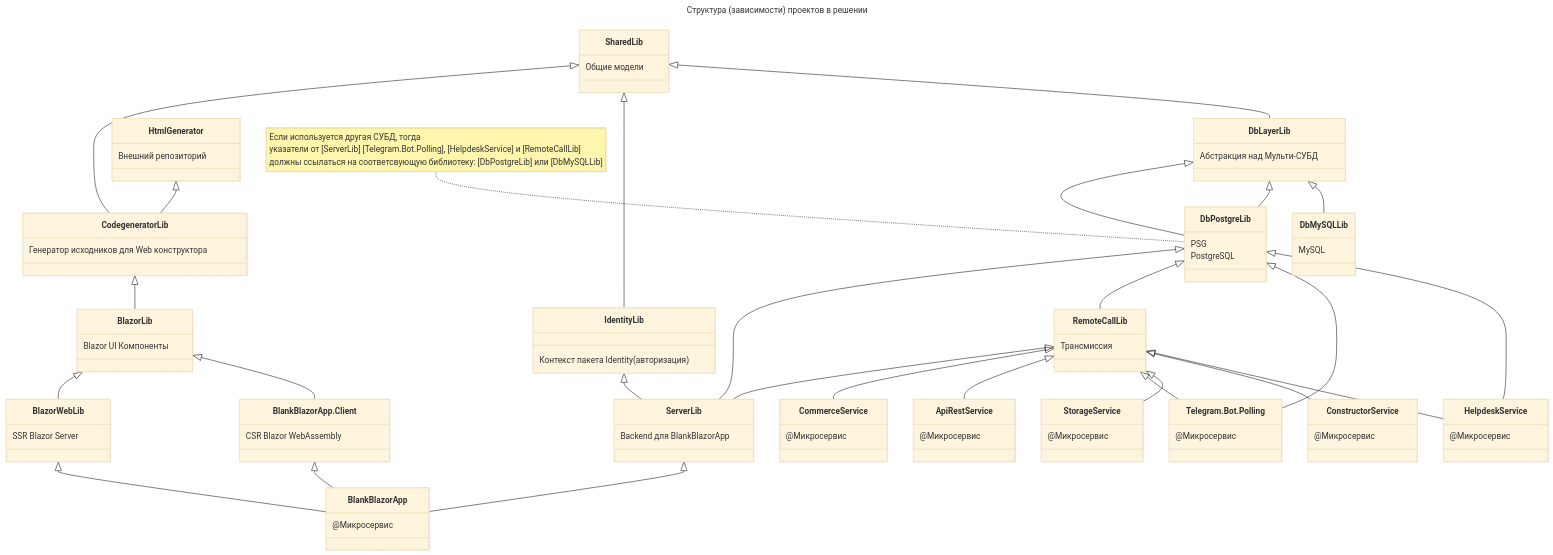
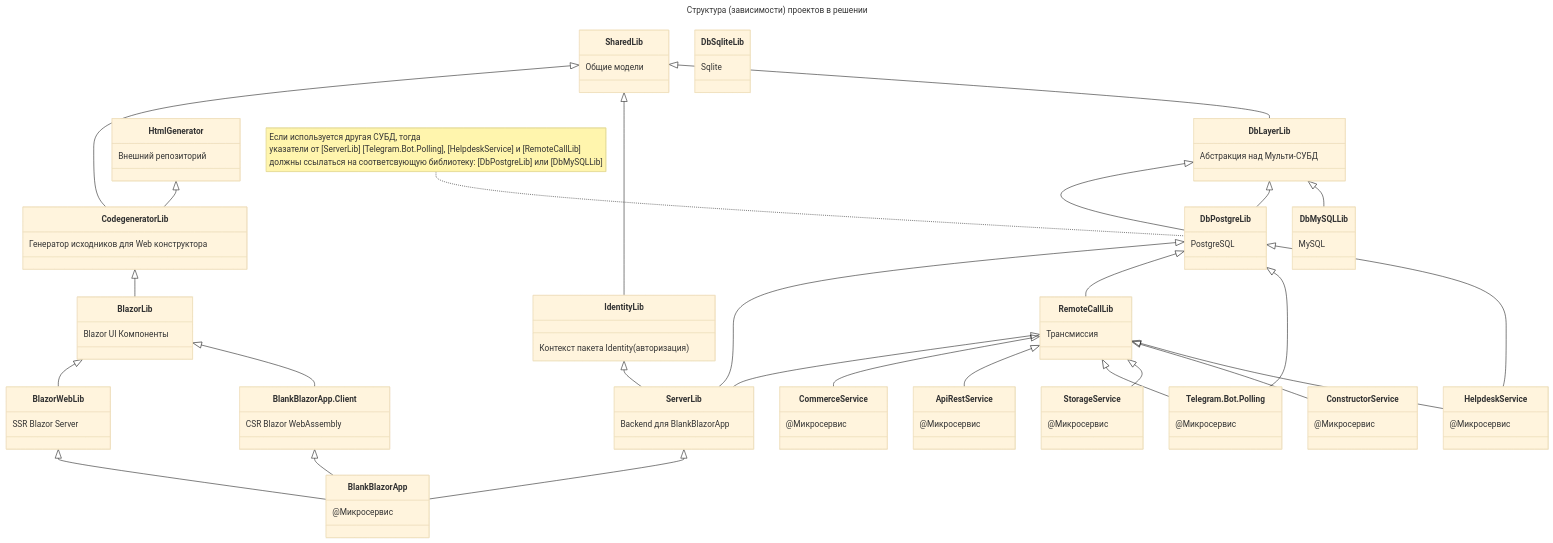
The diagram in README.md (badhitman/DesignerApp), drawn with Mermaid (base theme) before and after one commit.

```diff
--- a/README.md
+++ b/README.md
@@ -59,8 +59,8 @@
     class BlazorLib{
         Blazor UI Компоненты
     }
-    class DbPostgreLib{
-        PSG
+    class DbSqliteLib{
+        Sqlite
     }
     class DbPostgreLib{
         PostgreSQL
```
